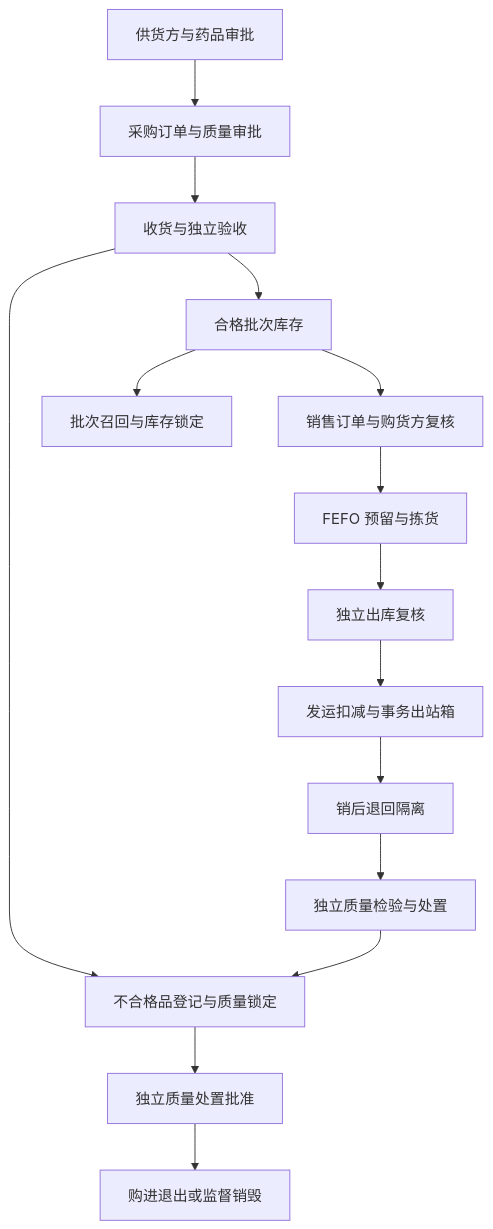
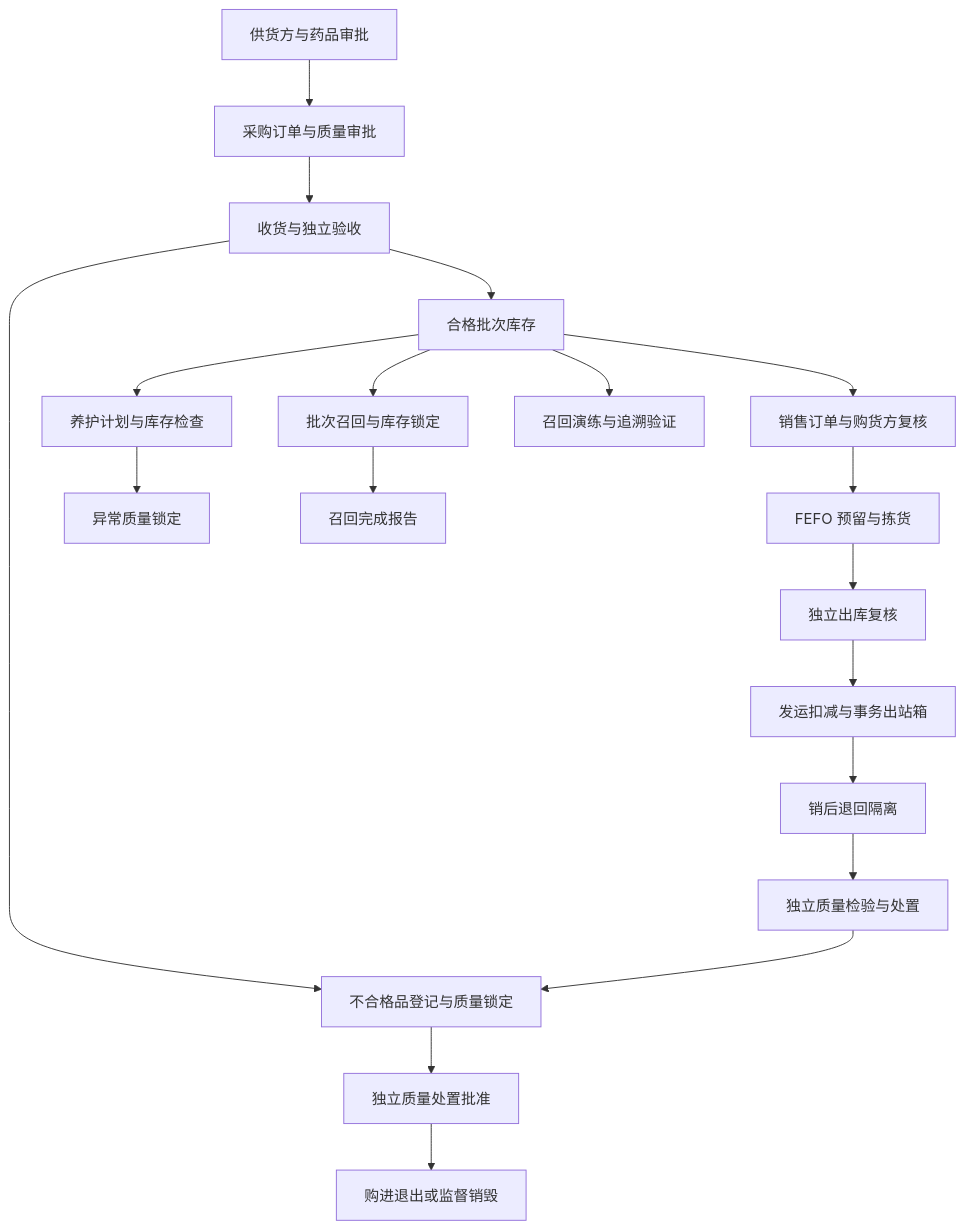
Before and after one commit to AllenMGu/WMS: the diagram in README.md, drawn with Mermaid. The commit also changed other lines of this file and 22 other files, not shown here.

````diff
--- a/README.md
+++ b/README.md
@@ -33,17 +34,21 @@
 ```mermaid
 flowchart TD
     A[供货方与药品审批] --> B[采购订单与质量审批]
     B --> C[收货与独立验收]
     C --> D[合格批次库存]
     D --> E[销售订单与购货方复核]
     E --> F[FEFO 预留与拣货]
     F --> G[独立出库复核]
     G --> H[发运扣减与事务出站箱]
     H --> I[销后退回隔离]
     I --> J[独立质量检验与处置]
     D --> K[批次召回与库存锁定]
     C --> L[不合格品登记与质量锁定]
     J --> L
     L --> M[独立质量处置批准]
     M --> N[购进退出或监督销毁]
+    D --> O[养护计划与库存检查]
+    O --> P[异常质量锁定]
+    K --> Q[召回完成报告]
+    D --> R[召回演练与追溯验证]
 ```
````
